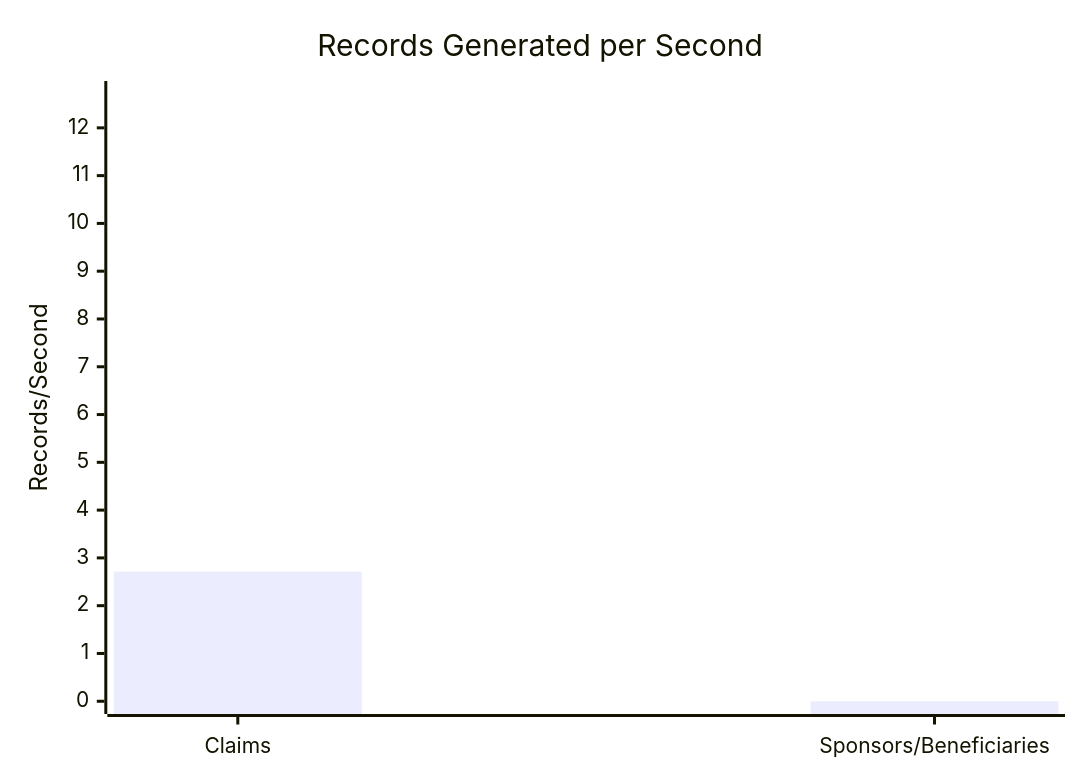
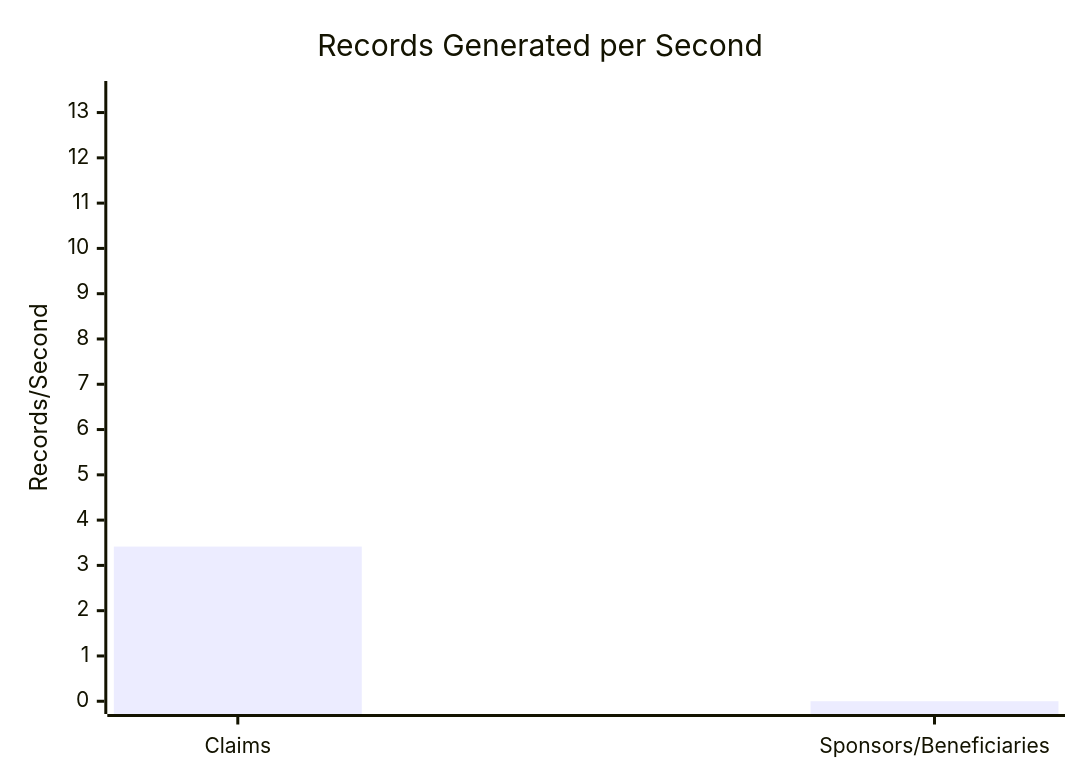
Before and after one commit to dhagan-va/intern-2025: the first of 11 diagrams in test-tools/DataGen/src/Statistics_Visualizer.md, drawn with Mermaid. The commit also changed other lines of this file and 2 other files, not shown here.

````diff
--- a/test-tools/DataGen/src/Statistics_Visualizer.md
+++ b/test-tools/DataGen/src/Statistics_Visualizer.md
@@ -18,7 +18,7 @@
 ```mermaid
 xychart-beta
     title "Records Generated per Second"
     x-axis ["Claims", "Sponsors/Beneficiaries"]
-    y-axis "Records/Second" 0 --> 12.713571657286753
-    bar [2.713571657286754, 0.0]
+    y-axis "Records/Second" 0 --> 13.415300546448087
+    bar [3.4153005464480874, 0.0]
 ```
````
